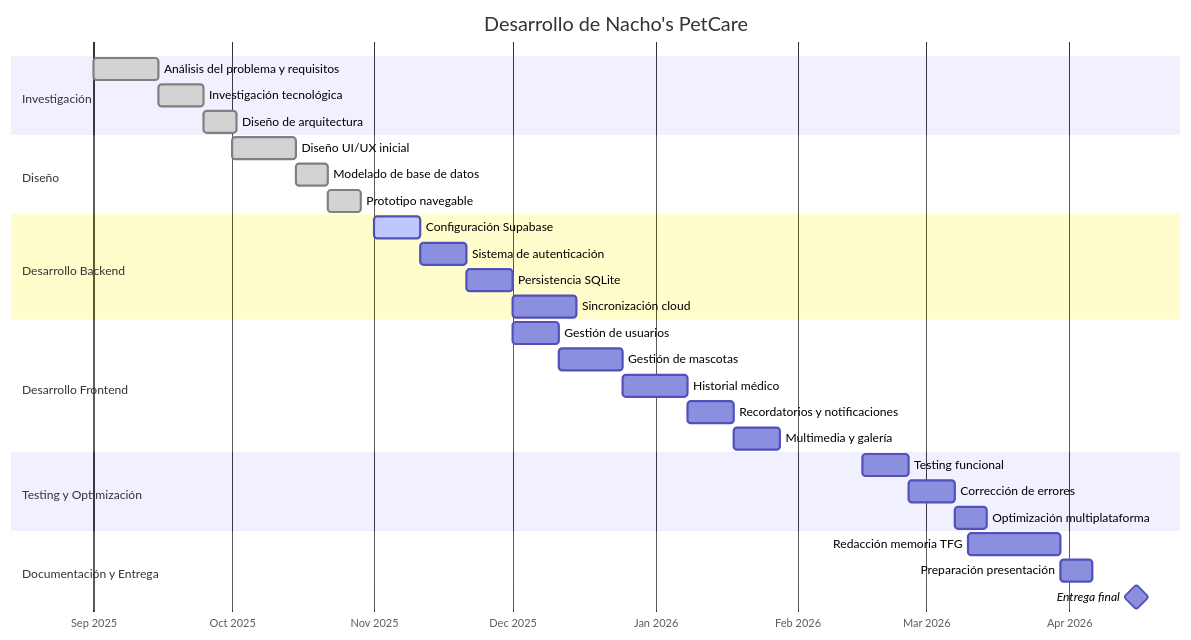
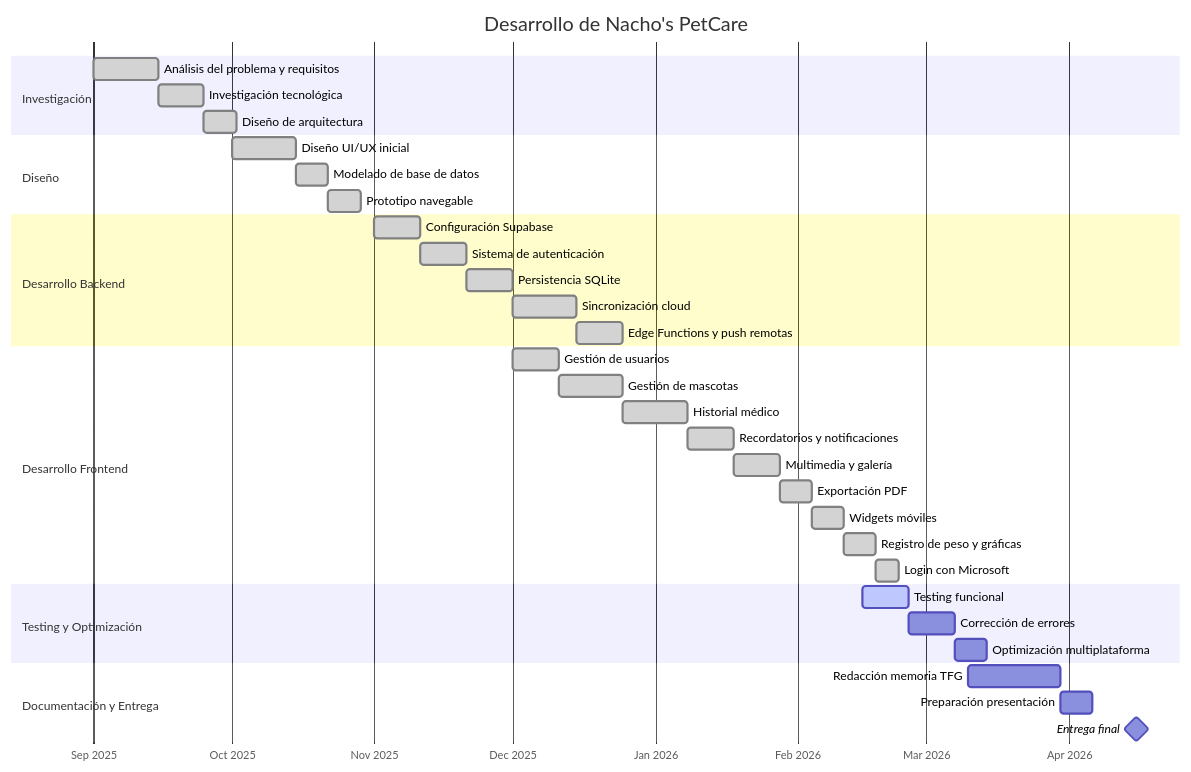
Before and after one commit to cgonzalezcouso/Nachos.PetCare: the diagram in README.md, drawn with Mermaid. The commit also changed other lines of this file, not shown here.

````diff
--- a/README.md
+++ b/README.md
@@ -263,39 +291,44 @@
 ```mermaid
 gantt
     title Desarrollo de Nacho's PetCare
     dateFormat  YYYY-MM-DD
     axisFormat  %b %Y
 
     section Investigación
     Análisis del problema y requisitos      :done, a1, 2025-09-01, 14d
     Investigación tecnológica               :done, a2, after a1, 10d
     Diseño de arquitectura                  :done, a3, after a2, 7d
 
     section Diseño
     Diseño UI/UX inicial                    :done, b1, 2025-10-01, 14d
     Modelado de base de datos               :done, b2, after b1, 7d
     Prototipo navegable                     :done, b3, after b2, 7d
 
     section Desarrollo Backend
-    Configuración Supabase                  :active, c1, 2025-11-01, 10d
-    Sistema de autenticación                :c2, after c1, 10d
-    Persistencia SQLite                     :c3, after c2, 10d
-    Sincronización cloud                    :c4, after c3, 14d
+    Configuración Supabase                  :done, c1, 2025-11-01, 10d
+    Sistema de autenticación                :done, c2, after c1, 10d
+    Persistencia SQLite                     :done, c3, after c2, 10d
+    Sincronización cloud                    :done, c4, after c3, 14d
+    Edge Functions y push remotas           :done, c5, after c4, 10d
 
     section Desarrollo Frontend
-    Gestión de usuarios                     :d1, 2025-12-01, 10d
-    Gestión de mascotas                     :d2, after d1, 14d
-    Historial médico                        :d3, after d2, 14d
-    Recordatorios y notificaciones          :d4, after d3, 10d
-    Multimedia y galería                    :d5, after d4, 10d
+    Gestión de usuarios                     :done, d1, 2025-12-01, 10d
+    Gestión de mascotas                     :done, d2, after d1, 14d
+    Historial médico                        :done, d3, after d2, 14d
+    Recordatorios y notificaciones          :done, d4, after d3, 10d
+    Multimedia y galería                    :done, d5, after d4, 10d
+    Exportación PDF                         :done, d6, after d5, 7d
+    Widgets móviles                         :done, d7, after d6, 7d
+    Registro de peso y gráficas             :done, d8, after d7, 7d
+    Login con Microsoft                     :done, d9, after d8, 5d
 
     section Testing y Optimización
-    Testing funcional                       :e1, 2026-02-15, 10d
+    Testing funcional                       :active, e1, 2026-02-15, 10d
     Corrección de errores                   :e2, after e1, 10d
     Optimización multiplataforma            :e3, after e2, 7d
 
     section Documentación y Entrega
     Redacción memoria TFG                   :f1, 2026-03-10, 20d
     Preparación presentación                :f2, after f1, 7d
     Entrega final                           :milestone, f3, 2026-04-15, 1d
 ```
````
